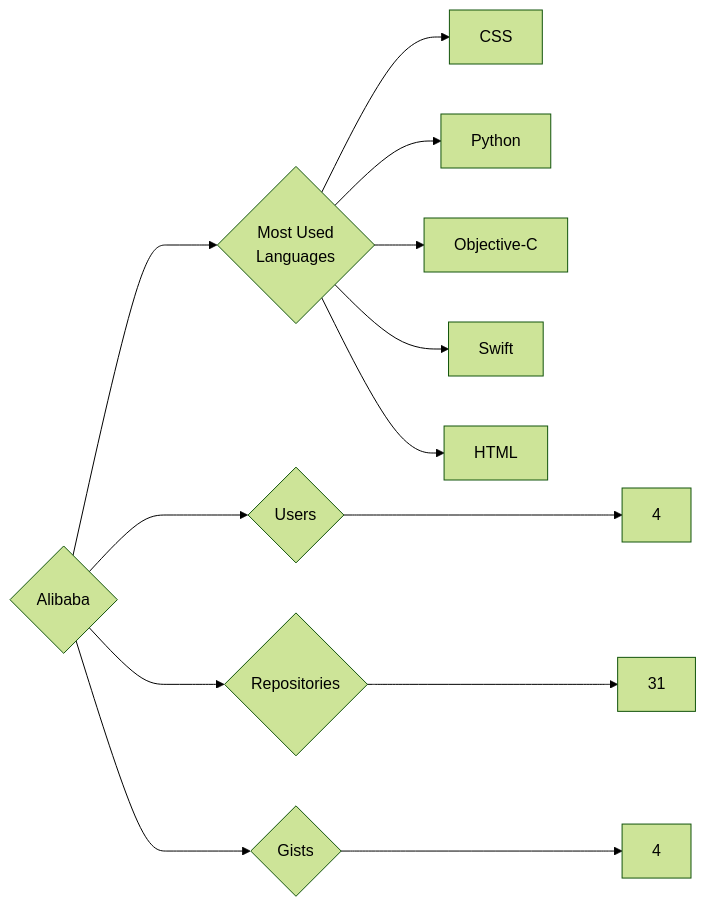
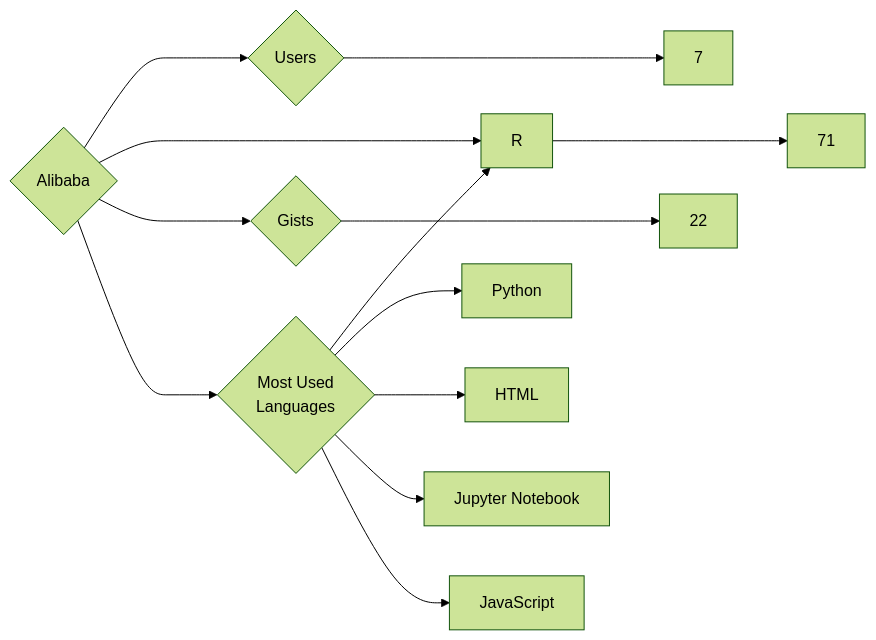
The diagram in targets/Alibaba/README.md (trickest/insiders), drawn with Mermaid (forest theme) before and after one commit. The commit also changed 1092 other files, not shown here.

````diff
--- a/targets/Alibaba/README.md
+++ b/targets/Alibaba/README.md
@@ -3,13 +3,13 @@
 ```mermaid
 graph LR
 COMPANY_NAME{Alibaba}
-COMPANY_NAME ---> U{Users} ---> UN[4]
-COMPANY_NAME ---> R{Repositories} ---> RN[31]
-COMPANY_NAME ---> G{Gists} ---> GN[4]
+COMPANY_NAME ---> U{Users} ---> UN[7]
+COMPANY_NAME ---> R{Repositories} ---> RN[71]
+COMPANY_NAME ---> G{Gists} ---> GN[22]
 COMPANY_NAME ---> ML{Most Used<br>Languages}
-ML --> CSS[CSS]
+ML --> R[R]
 ML --> Python[Python]
-ML --> Objective-C[Objective-C]
-ML --> Swift[Swift]
 ML --> HTML[HTML]
+ML --> Jupyter_Notebook[Jupyter Notebook]
+ML --> JavaScript[JavaScript]
 ```
````
